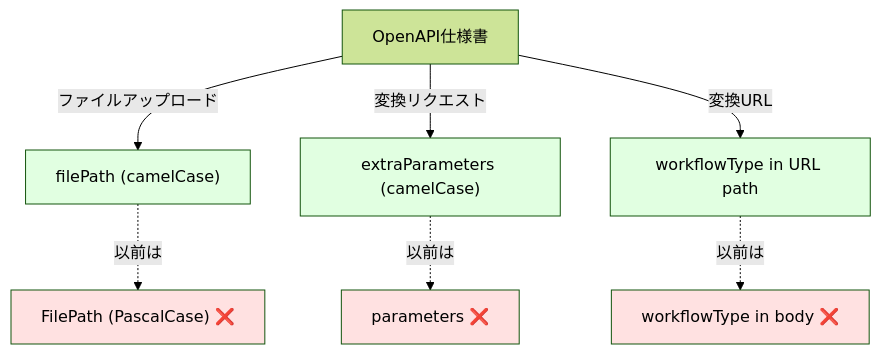
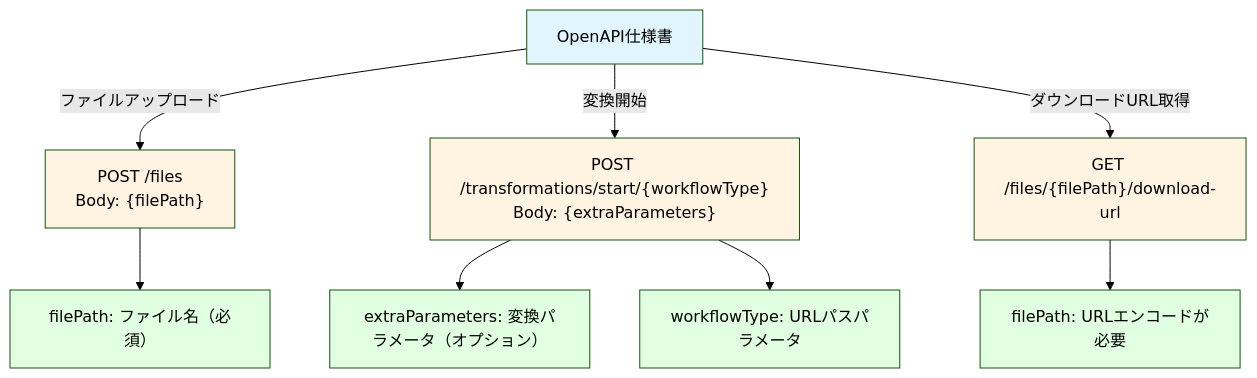
Before and after one commit to Fumiya-Hori-HL/UnityAssetGltfConverter: the eighth of 9 diagrams in doc/sequence_diagram.md, drawn with Mermaid (forest theme). The commit also changed other lines of this file, not shown here.

First line of the commit message:
シーケンス図のOpenAPI準拠セクションを現在の実装ベースに修正

````diff
--- a/doc/sequence_diagram.md
+++ b/doc/sequence_diagram.md
@@ -274,17 +274,20 @@
 ```mermaid
 graph TD
-    A[OpenAPI仕様書] -->|ファイルアップロード| B["filePath (camelCase)"]
-    A -->|変換リクエスト| C["extraParameters (camelCase)"]
-    A -->|変換URL| D["workflowType in URL path"]
+    A[OpenAPI仕様書] -->|ファイルアップロード| B["POST /files<br/>Body: {filePath}"]
+    A -->|変換開始| C["POST /transformations/start/{workflowType}<br/>Body: {extraParameters}"]
+    A -->|ダウンロードURL取得| D["GET /files/{filePath}/download-url"]
 
-    B -.->|以前は| B2["FilePath (PascalCase) ❌"]
-    C -.->|以前は| C2["parameters ❌"]
-    D -.->|以前は| D2["workflowType in body ❌"]
+    B --> B1["filePath: ファイル名（必須）"]
+    C --> C1["extraParameters: 変換パラメータ（オプション）"]
+    C --> C2["workflowType: URLパスパラメータ"]
+    D --> D1["filePath: URLエンコードが必要"]
 
-    style B fill:#e1ffe1
-    style C fill:#e1ffe1
-    style D fill:#e1ffe1
-    style B2 fill:#ffe1e1
-    style C2 fill:#ffe1e1
-    style D2 fill:#ffe1e1
+    style A fill:#e1f5ff
+    style B fill:#fff4e1
+    style C fill:#fff4e1
+    style D fill:#fff4e1
+    style B1 fill:#e1ffe1
+    style C1 fill:#e1ffe1
+    style C2 fill:#e1ffe1
+    style D1 fill:#e1ffe1
 ```
````
